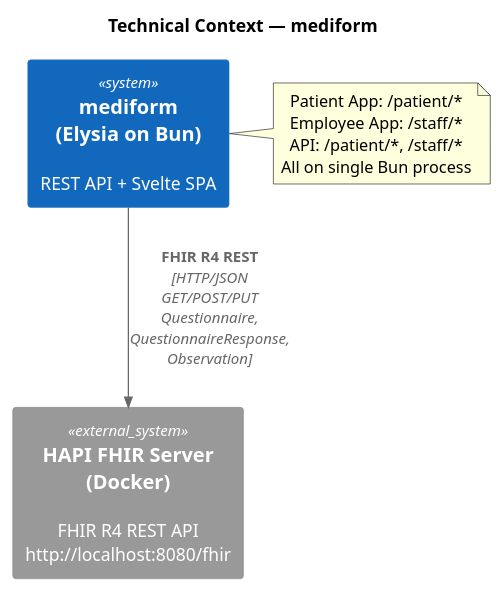
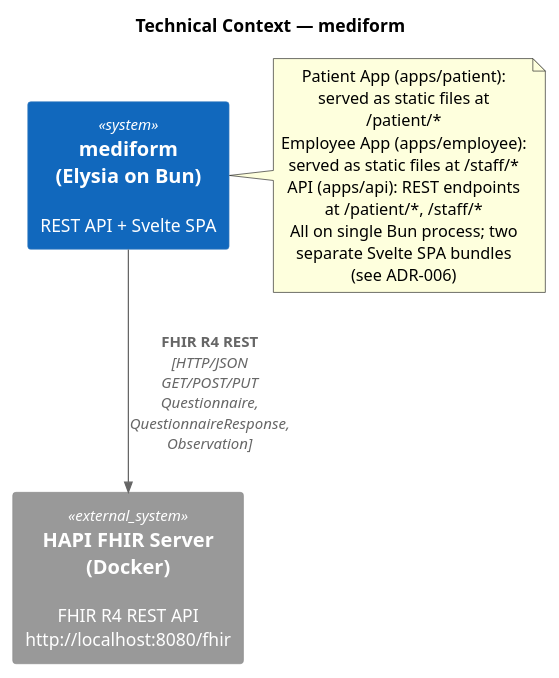
Before and after one commit to sebi-xitaso/mediform: the second of 14 diagrams in src/docs/arc42/architecture.adoc, drawn with PlantUML. The commit also changed other lines of this file and 1 other file, not shown here.

First line of the commit message:
docs: update architecture and PRD after monorepo setup (#9)

```diff
--- a/src/docs/arc42/architecture.adoc
+++ b/src/docs/arc42/architecture.adoc
@@ -138,22 +138,22 @@
 [plantuml]
 ----
 @startuml
 !include <C4/C4_Context>
 
 title Technical Context — mediform
 
 System(mediform, "mediform\n(Elysia on Bun)", "REST API + Svelte SPA")
 
 System_Ext(hapi, "HAPI FHIR Server\n(Docker)", "FHIR R4 REST API\nhttp://localhost:8080/fhir")
 
 Rel(mediform, hapi, "FHIR R4 REST", "HTTP/JSON\nGET/POST/PUT Questionnaire,\nQuestionnaireResponse,\nObservation")
 
 note right of mediform
-  Patient App: /patient/*
-  Employee App: /staff/*
-  API: /patient/*, /staff/*
-  All on single Bun process
+  Patient App (apps/patient): served as static files at /patient/*
+  Employee App (apps/employee): served as static files at /staff/*
+  API (apps/api): REST endpoints at /patient/*, /staff/*
+  All on single Bun process; two separate Svelte SPA bundles (see ADR-006)
 end note
 
 @enduml
 ----
```
